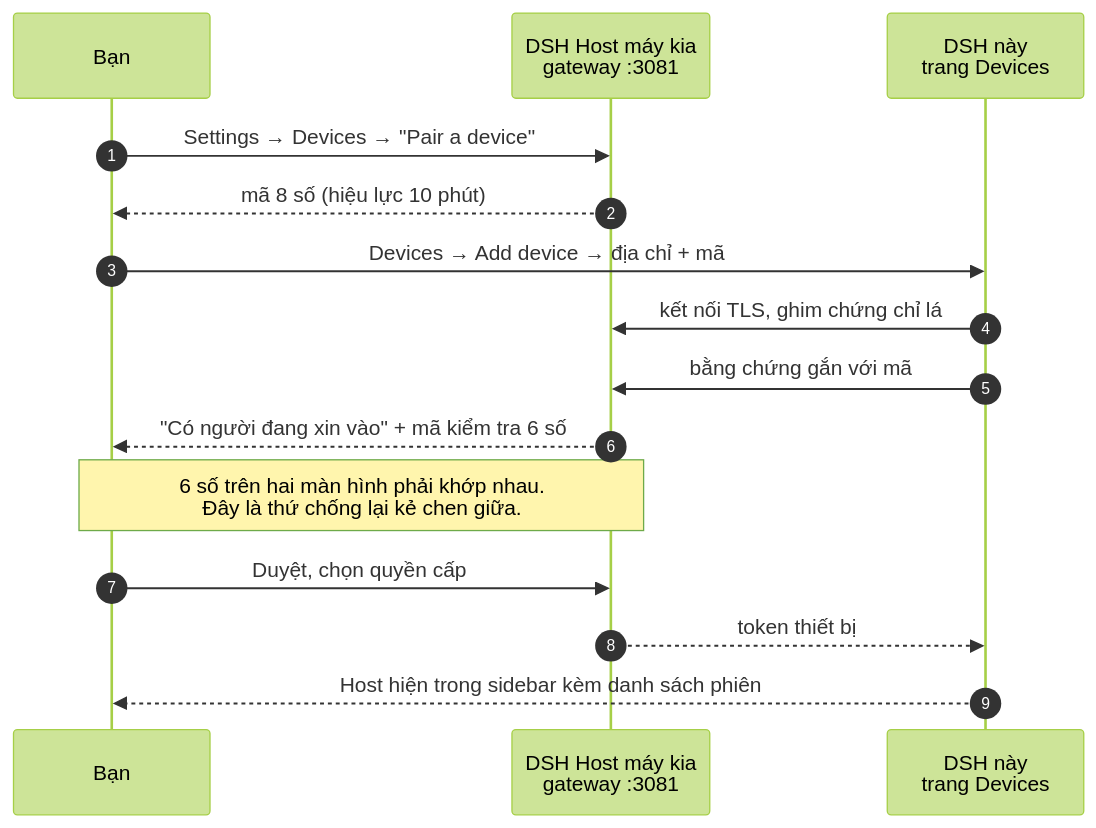
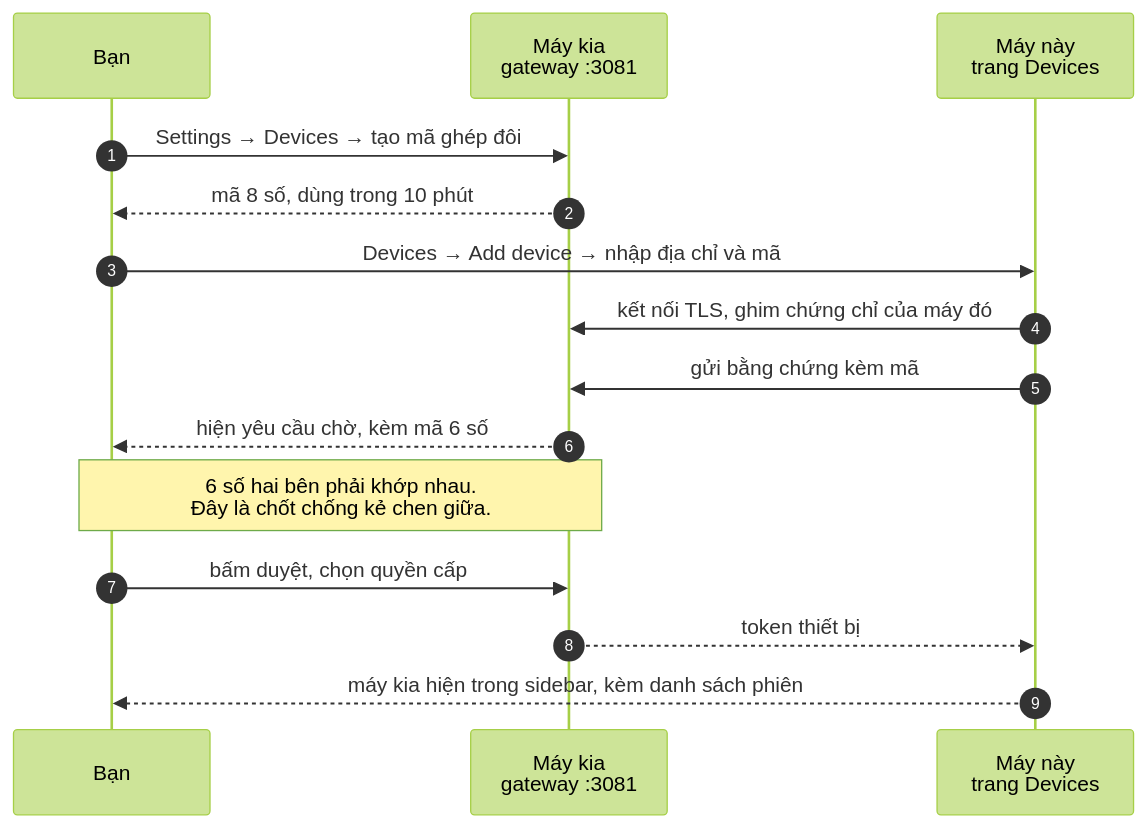
The first of 5 diagrams in README.vi.md (nesteacold/dsh-remote), drawn with Mermaid (forest theme) before and after one commit. The commit also changed other lines of this file and 1 other file, not shown here.

````diff
--- a/README.vi.md
+++ b/README.vi.md
@@ -85,18 +83,18 @@
 ```mermaid
 sequenceDiagram
     autonumber
     participant Ban as Bạn
-    participant Host as DSH Host máy kia<br/>gateway :3081
-    participant Local as DSH này<br/>trang Devices
+    participant Host as Máy kia<br/>gateway :3081
+    participant Local as Máy này<br/>trang Devices
 
-    Ban->>Host: Settings → Devices → "Pair a device"
-    Host-->>Ban: mã 8 số (hiệu lực 10 phút)
-    Ban->>Local: Devices → Add device → địa chỉ + mã
-    Local->>Host: kết nối TLS, ghim chứng chỉ lá
-    Local->>Host: bằng chứng gắn với mã
-    Host-->>Ban: "Có người đang xin vào" + mã kiểm tra 6 số
-    Note over Ban,Host: 6 số trên hai màn hình phải khớp nhau.<br/>Đây là thứ chống lại kẻ chen giữa.
-    Ban->>Host: Duyệt, chọn quyền cấp
+    Ban->>Host: Settings → Devices → tạo mã ghép đôi
+    Host-->>Ban: mã 8 số, dùng trong 10 phút
+    Ban->>Local: Devices → Add device → nhập địa chỉ và mã
+    Local->>Host: kết nối TLS, ghim chứng chỉ của máy đó
+    Local->>Host: gửi bằng chứng kèm mã
+    Host-->>Ban: hiện yêu cầu chờ, kèm mã 6 số
+    Note over Ban,Host: 6 số hai bên phải khớp nhau.<br/>Đây là chốt chống kẻ chen giữa.
+    Ban->>Host: bấm duyệt, chọn quyền cấp
     Host-->>Local: token thiết bị
-    Local-->>Ban: Host hiện trong sidebar kèm danh sách phiên
+    Local-->>Ban: máy kia hiện trong sidebar, kèm danh sách phiên
 ```
````
